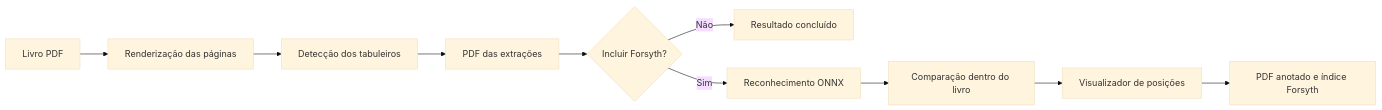
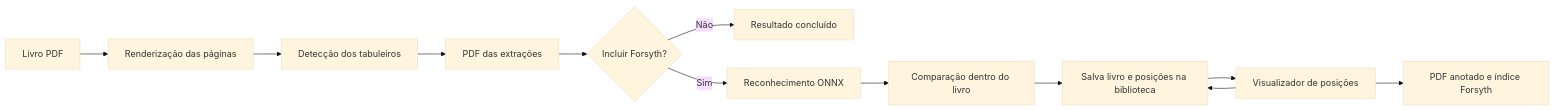
Before and after one commit to e-Lopes/chess-book-diagram-extractor: the diagram in docs/README.md, drawn with Mermaid (base theme). The commit also changed other lines of this file and 89 other files, not shown here.

Commit message:
feat: release v0.4.1 with visual editing and improved diagram recognition

````diff
--- a/docs/README.md
+++ b/docs/README.md
@@ -14,12 +14,14 @@
 ```mermaid
 flowchart LR
     A[Livro PDF] --> B[Renderização das páginas]
     B --> C[Detecção dos tabuleiros]
     C --> D[PDF das extrações]
     D --> E{Incluir Forsyth?}
     E -- Não --> F[Resultado concluído]
     E -- Sim --> G[Reconhecimento ONNX]
     G --> H[Comparação dentro do livro]
-    H --> I[Visualizador de posições]
+    H --> K[Salva livro e posições na biblioteca]
+    K --> I[Visualizador de posições]
+    I --> K
     I --> J[PDF anotado e índice Forsyth]
 ```
````
